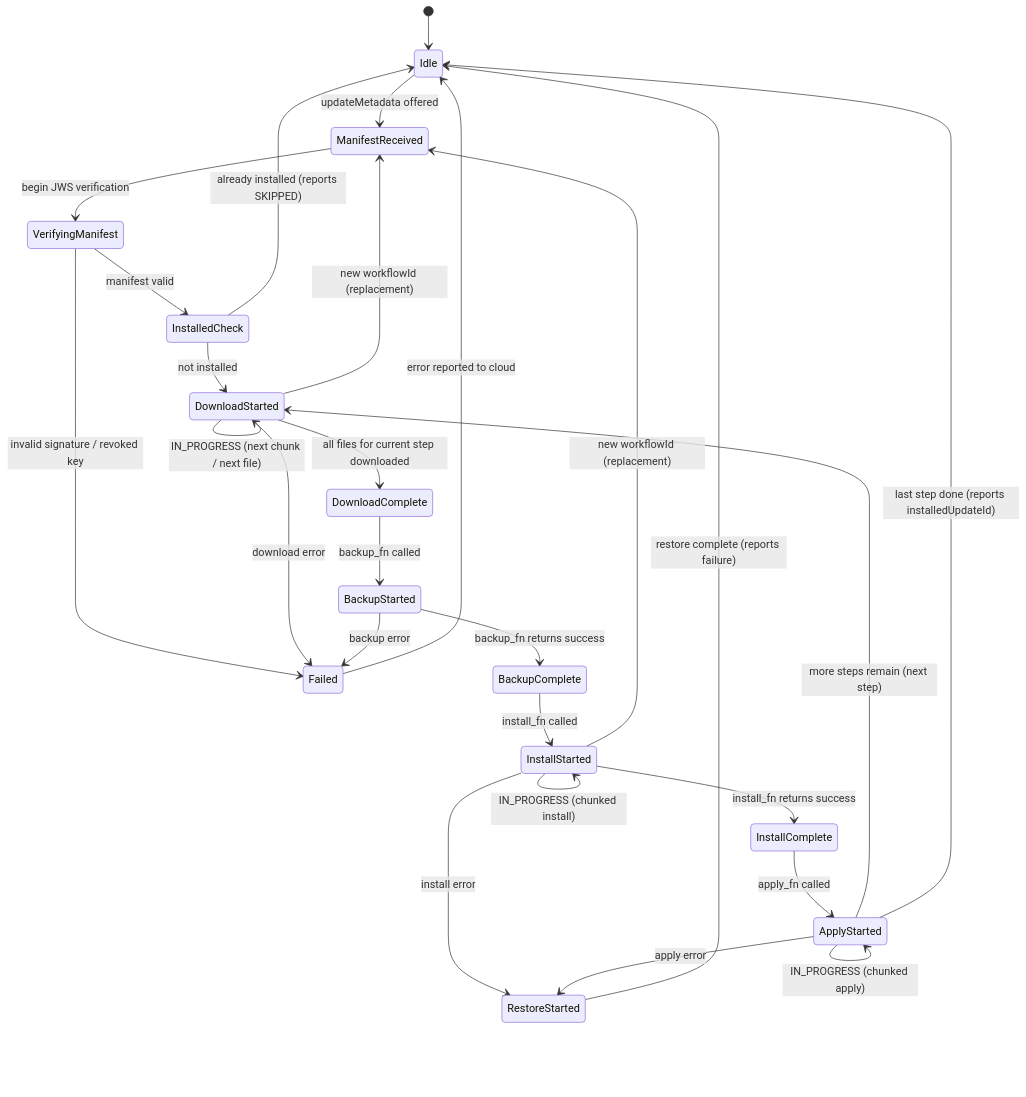
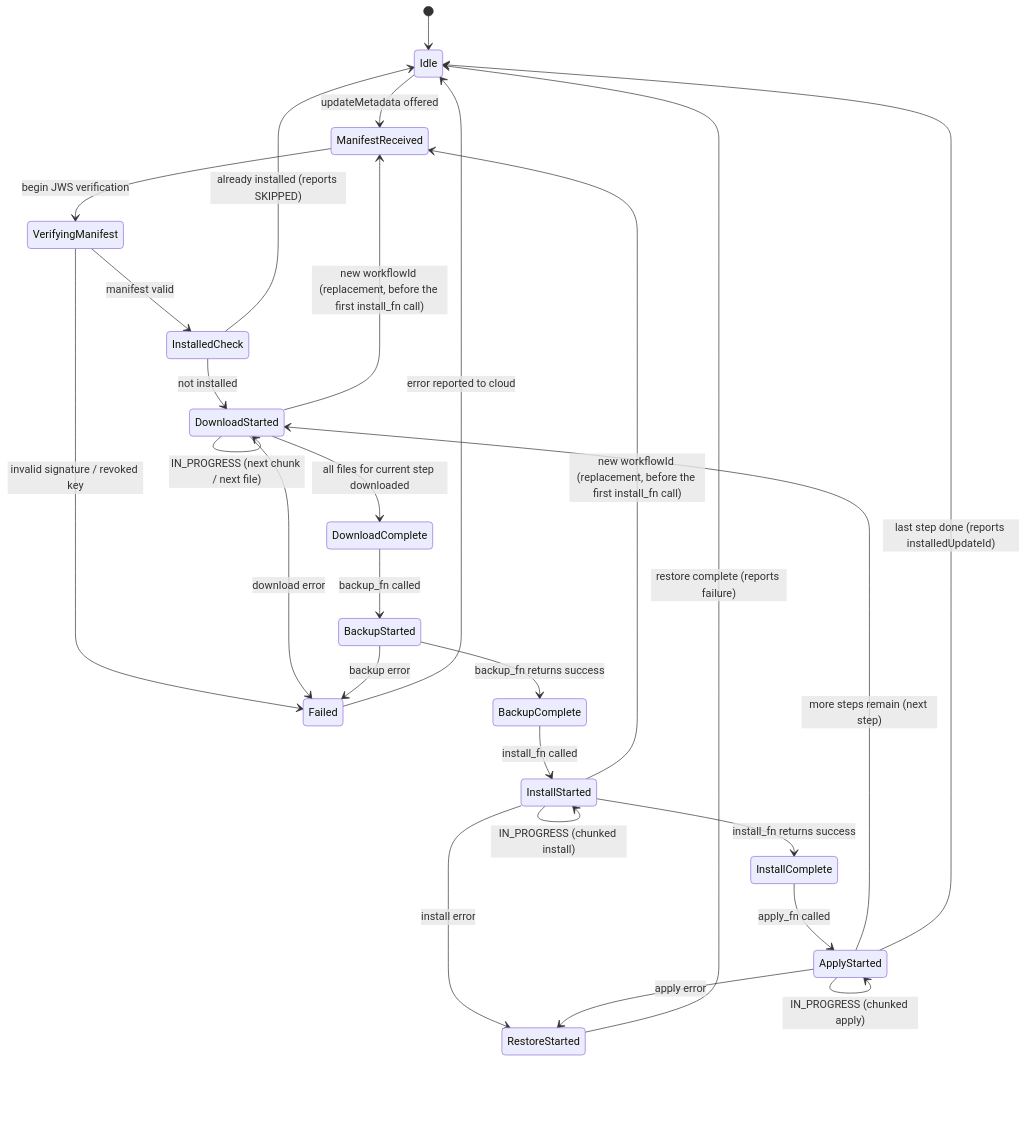
The third of 6 diagrams in c/docs/eng/software-updates.md (Azure/azure-iot-sdk), drawn with Mermaid before and after one commit. The commit also changed other lines of this file and 8 other files, not shown here.

````diff
--- a/c/docs/eng/software-updates.md
+++ b/c/docs/eng/software-updates.md
@@ -182,37 +182,37 @@
 ```mermaid
 stateDiagram-v2
     [*] --> Idle
 
     Idle --> ManifestReceived : updateMetadata offered
     ManifestReceived --> VerifyingManifest : begin JWS verification
     VerifyingManifest --> InstalledCheck : manifest valid
     VerifyingManifest --> Failed : invalid signature / revoked key
 
     InstalledCheck --> DownloadStarted : not installed
     InstalledCheck --> Idle : already installed (reports SKIPPED)
 
     DownloadStarted --> DownloadStarted : IN_PROGRESS (next chunk / next file)
     DownloadStarted --> DownloadComplete : all files for current step downloaded
     DownloadStarted --> Failed : download error
 
     DownloadComplete --> BackupStarted : backup_fn called
     BackupStarted --> BackupComplete : backup_fn returns success
     BackupStarted --> Failed : backup error
 
     BackupComplete --> InstallStarted : install_fn called
     InstallStarted --> InstallStarted : IN_PROGRESS (chunked install)
     InstallStarted --> InstallComplete : install_fn returns success
     InstallStarted --> RestoreStarted : install error
 
     InstallComplete --> ApplyStarted : apply_fn called
     ApplyStarted --> ApplyStarted : IN_PROGRESS (chunked apply)
     ApplyStarted --> DownloadStarted : more steps remain (next step)
     ApplyStarted --> Idle : last step done (reports installedUpdateId)
     ApplyStarted --> RestoreStarted : apply error
 
     RestoreStarted --> Idle : restore complete (reports failure)
     Failed --> Idle : error reported to cloud
 
-    DownloadStarted --> ManifestReceived : new workflowId (replacement)
-    InstallStarted --> ManifestReceived : new workflowId (replacement)
+    DownloadStarted --> ManifestReceived : new workflowId (replacement, before the first install_fn call)
+    InstallStarted --> ManifestReceived : new workflowId (replacement, before the first install_fn call)
 ```
````
